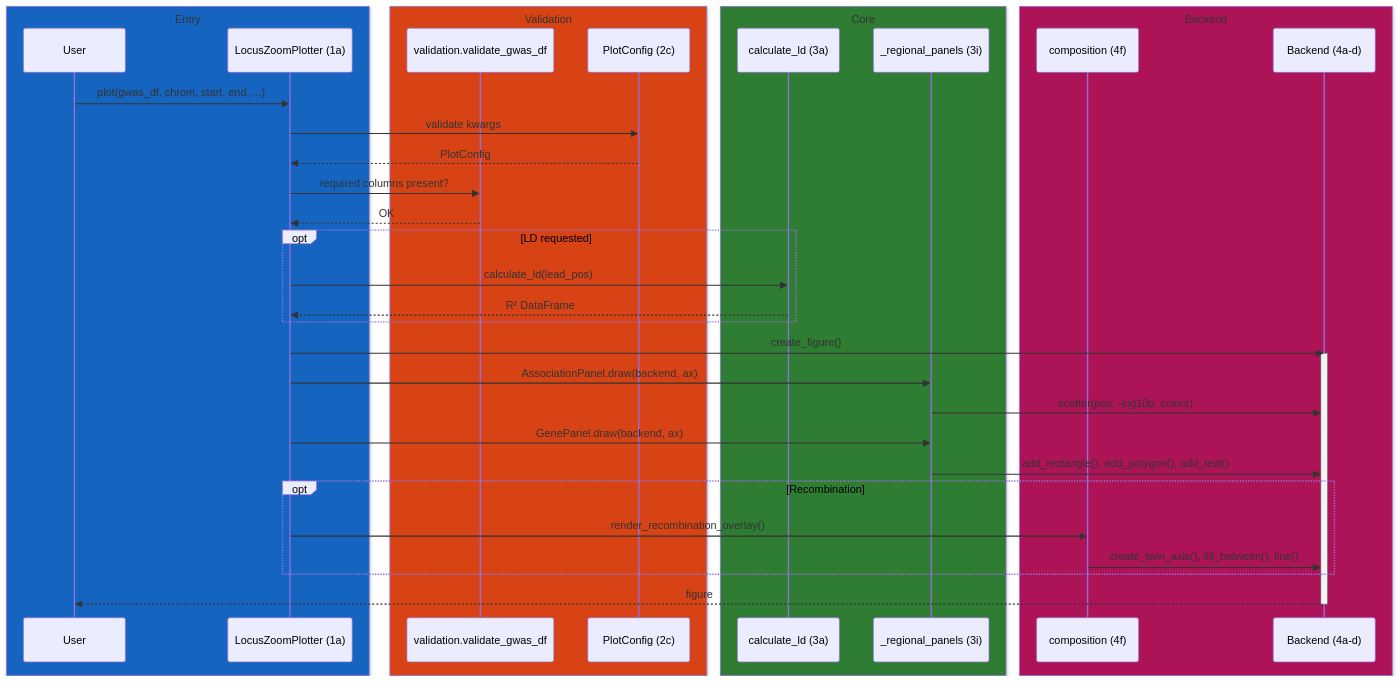
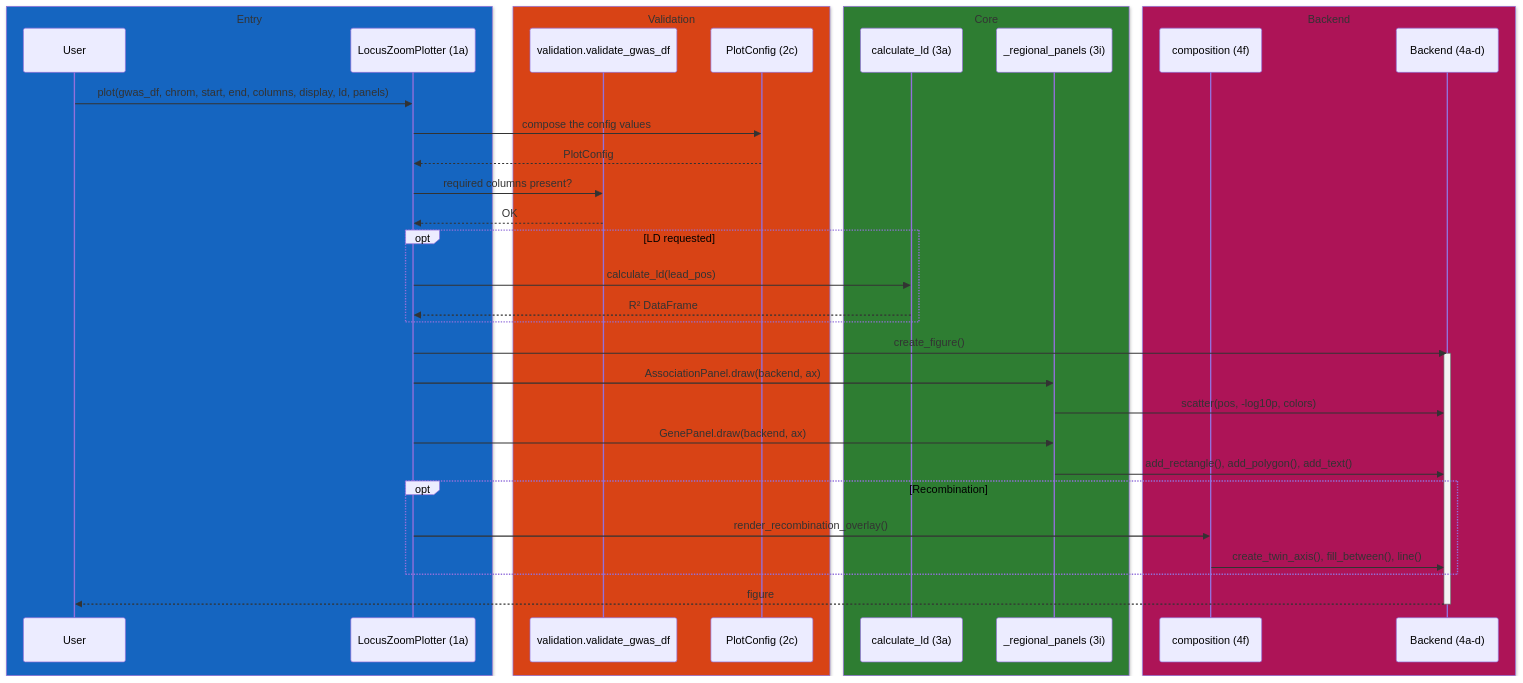
The second of 3 diagrams in docs/CODEMAP.md (michael-denyer/pyLocusZoom), drawn with Mermaid before and after one commit. The commit also changed other lines of this file and 29 other files, not shown here.

First line of the commit message:
refactor!: plot methods take the config models as values; the Manhattan family joins config and validation (#65)

````diff
--- a/docs/CODEMAP.md
+++ b/docs/CODEMAP.md
@@ -313,43 +313,43 @@
 ```mermaid
 sequenceDiagram
     box rgb(21, 101, 192) Entry
         participant U as User
         participant P as LocusZoomPlotter (1a)
     end
     box rgb(216, 67, 21) Validation
         participant V as validation.validate_gwas_df
         participant C as PlotConfig (2c)
     end
     box rgb(46, 125, 50) Core
         participant L as calculate_ld (3a)
         participant G as _regional_panels (3i)
     end
     box rgb(173, 20, 87) Backend
         participant O as composition (4f)
         participant B as Backend (4a-d)
     end
 
-    U->>P: plot(gwas_df, chrom, start, end, ...)
-    P->>C: validate kwargs
+    U->>P: plot(gwas_df, chrom, start, end, columns, display, ld, panels)
+    P->>C: compose the config values
     C-->>P: PlotConfig
     P->>V: required columns present?
     V-->>P: OK
 
     opt LD requested
         P->>L: calculate_ld(lead_pos)
         L-->>P: R² DataFrame
     end
 
     P->>B: create_figure()
     activate B
     P->>G: AssociationPanel.draw(backend, ax)
     G->>B: scatter(pos, -log10p, colors)
     P->>G: GenePanel.draw(backend, ax)
     G->>B: add_rectangle(), add_polygon(), add_text()
     opt Recombination
         P->>O: render_recombination_overlay()
         O->>B: create_twin_axis(), fill_between(), line()
     end
     B-->>U: figure
     deactivate B
 ```
````
